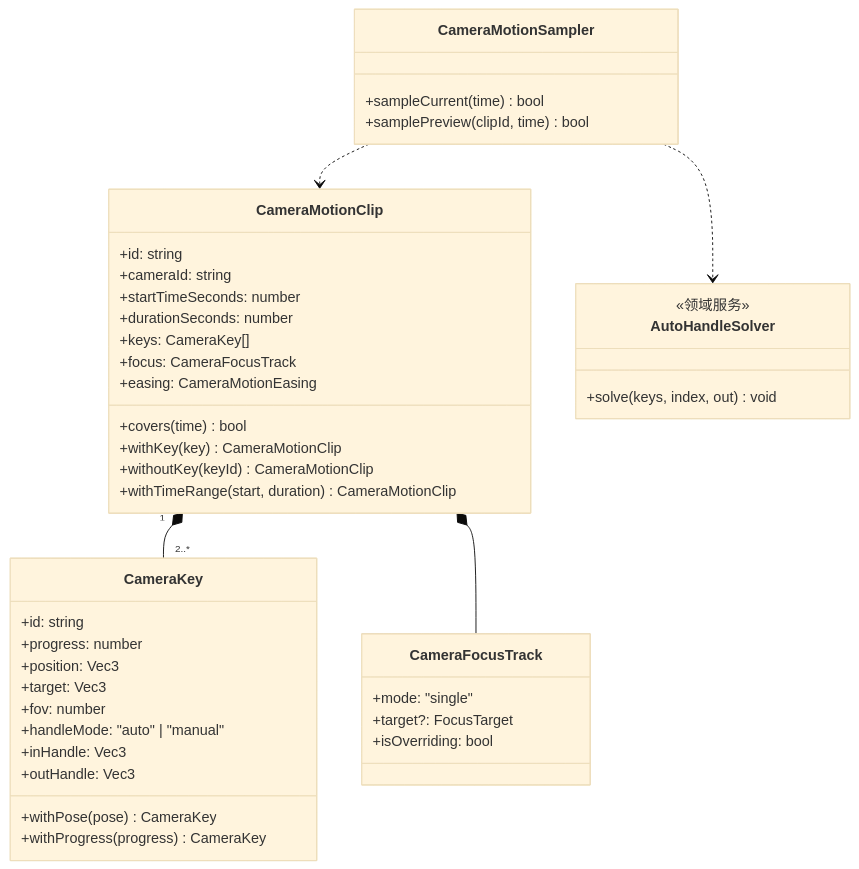
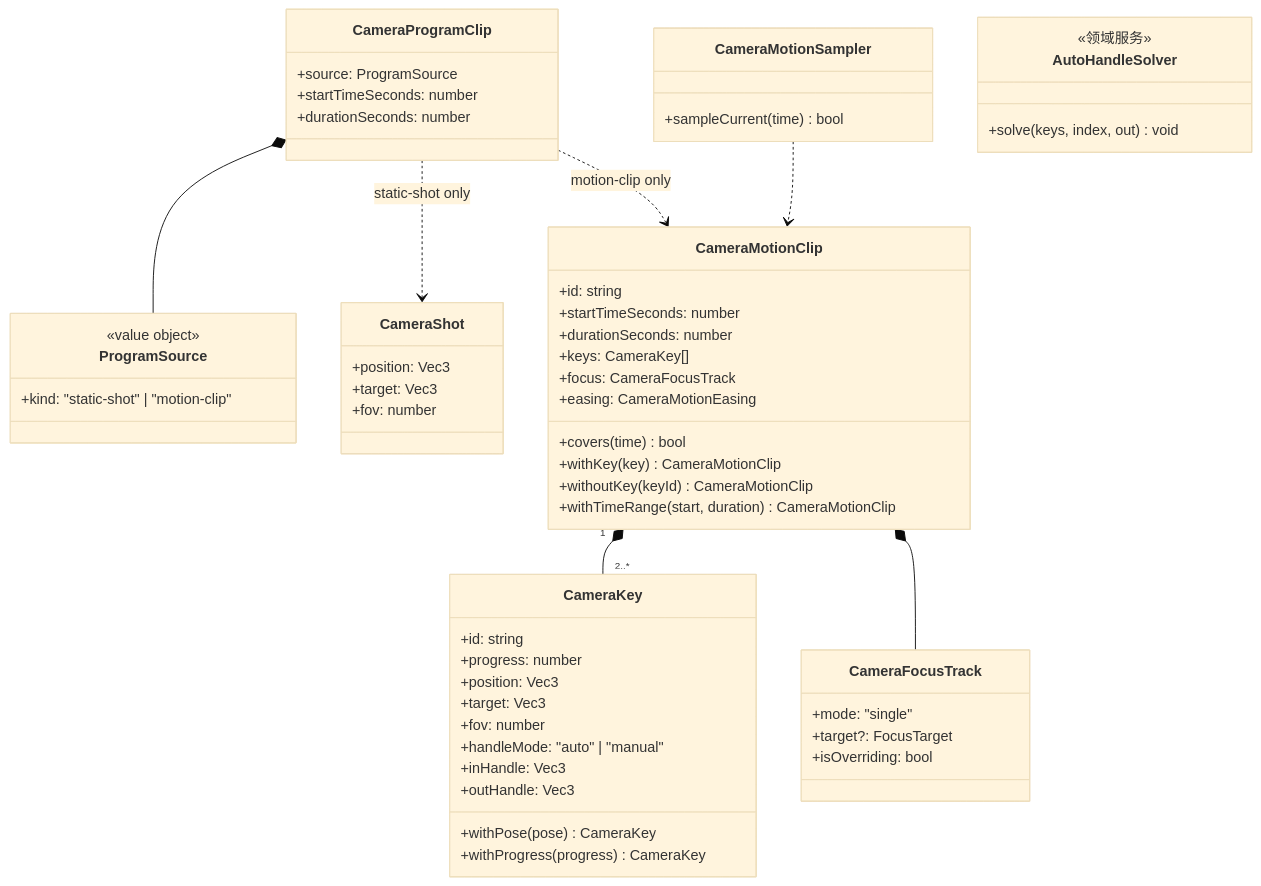
One commit to amwyygyuge/3d-director-desk changed the second of 6 diagrams in docs/camera-motion-authoring.md. Above: the diagram before and after it, drawn with Mermaid (base theme). The commit also changed other lines of this file and 24 other files, not shown here.

Commit message:
refactor: decouple motion from camera shots

````diff
--- a/docs/camera-motion-authoring.md
+++ b/docs/camera-motion-authoring.md
@@ -134,45 +134,59 @@
 ```mermaid
 classDiagram
+    class CameraShot {
+        +position: Vec3
+        +target: Vec3
+        +fov: number
+    }
     class CameraMotionClip {
         +id: string
-        +cameraId: string
         +startTimeSeconds: number
         +durationSeconds: number
         +keys: CameraKey[]
         +focus: CameraFocusTrack
         +easing: CameraMotionEasing
         +covers(time) bool
         +withKey(key) CameraMotionClip
         +withoutKey(keyId) CameraMotionClip
         +withTimeRange(start, duration) CameraMotionClip
     }
     class CameraKey {
         +id: string
         +progress: number
         +position: Vec3
         +target: Vec3
         +fov: number
         +handleMode: "auto" | "manual"
         +inHandle: Vec3
         +outHandle: Vec3
         +withPose(pose) CameraKey
         +withProgress(progress) CameraKey
     }
+    class CameraProgramClip {
+        +source: ProgramSource
+        +startTimeSeconds: number
+        +durationSeconds: number
+    }
+    class ProgramSource {
+        <<value object>>
+        +kind: "static-shot" | "motion-clip"
+    }
     class CameraFocusTrack {
         +mode: "single"
         +target?: FocusTarget
         +isOverriding: bool
     }
     class CameraMotionSampler {
         +sampleCurrent(time) bool
-        +samplePreview(clipId, time) bool
     }
     class AutoHandleSolver {
         <<领域服务>>
         +solve(keys, index, out) void
     }
     CameraMotionClip "1" *-- "2..*" CameraKey
     CameraMotionClip *-- CameraFocusTrack
-    CameraMotionSampler ..> AutoHandleSolver
+    CameraProgramClip *-- ProgramSource
+    CameraProgramClip ..> CameraShot : static-shot only
+    CameraProgramClip ..> CameraMotionClip : motion-clip only
     CameraMotionSampler ..> CameraMotionClip
 ```
````
